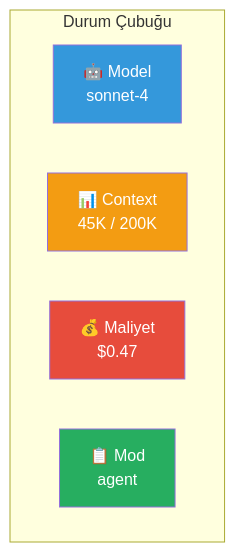
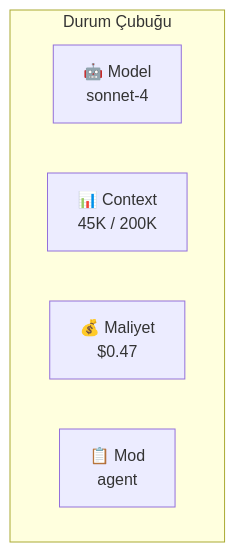
Before and after one commit to IzzetYasinAtes/ClaudeCodeHandbook: the first of 4 diagrams in 17-konfigurasyon/06-durum-satiri.md, drawn with Mermaid. The commit also changed other lines of this file and 97 other files, not shown here.

Commit message:
Remove all custom Mermaid style/fill colors from 98 markdown files for consistent dark theme rendering

````diff
--- a/17-konfigurasyon/06-durum-satiri.md
+++ b/17-konfigurasyon/06-durum-satiri.md
@@ -19,15 +19,11 @@
 ```mermaid
 flowchart LR
     subgraph statusbar ["Durum Çubuğu"]
         direction LR
         MODEL["🤖 Model<br/>sonnet-4"]
         CONTEXT["📊 Context<br/>45K / 200K"]
         COST["💰 Maliyet<br/>$0.47"]
         MODE["📋 Mod<br/>agent"]
     end
 
-    style MODEL fill:#3498DB,color:#fff
-    style CONTEXT fill:#F39C12,color:#fff
-    style COST fill:#E74C3C,color:#fff
-    style MODE fill:#27AE60,color:#fff
 ```
````
